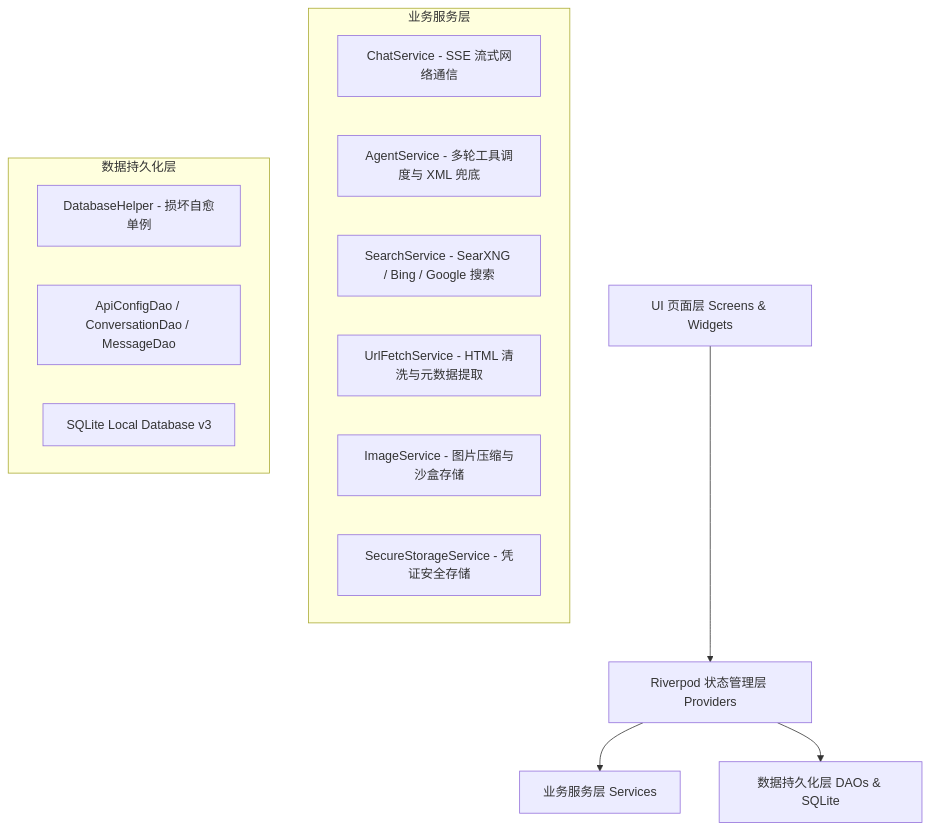
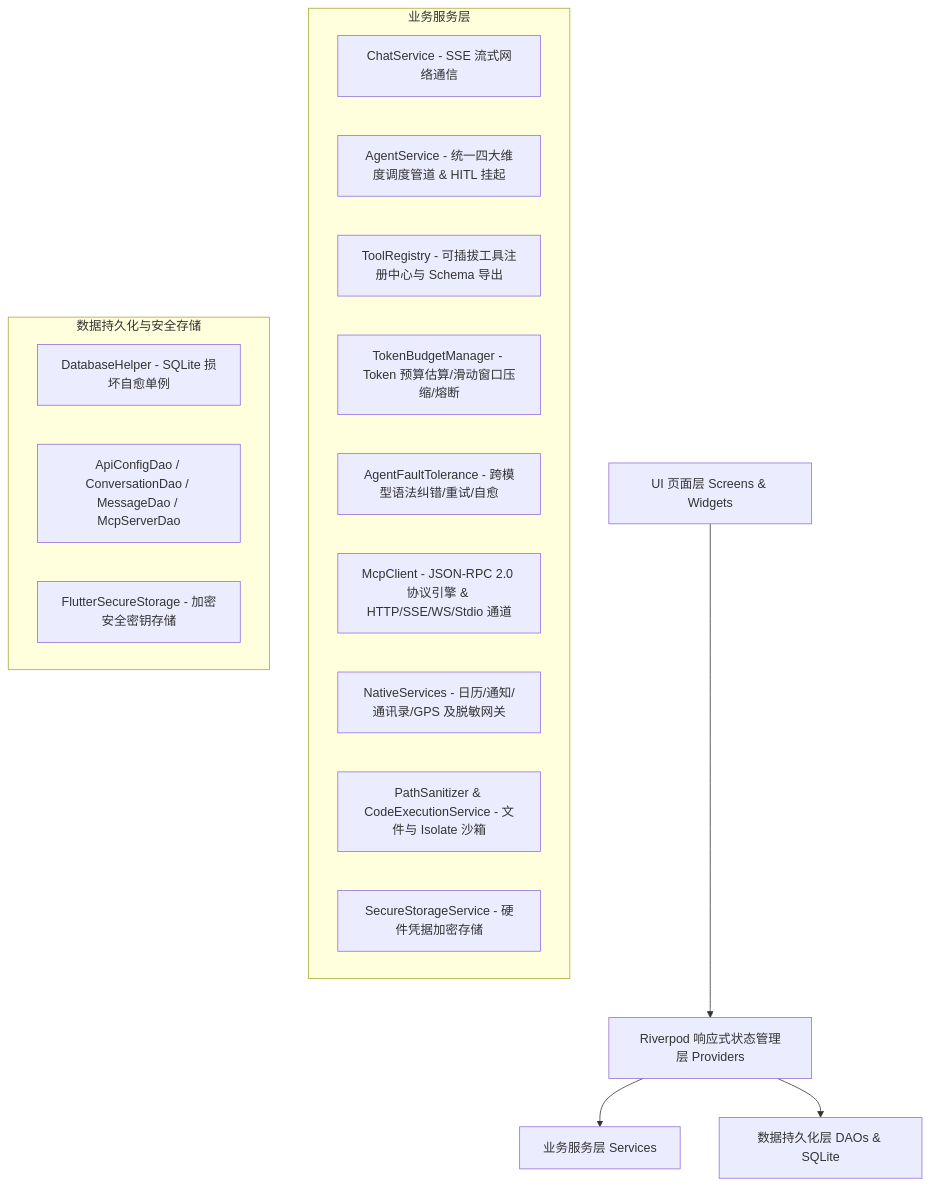
Before and after one commit to naruse-love/chat-app: the diagram in README.md, drawn with Mermaid. The commit also changed other lines of this file and 1 other file, not shown here.

````diff
--- a/README.md
+++ b/README.md
@@ -94,21 +109,24 @@
 ```mermaid
 graph TD
-    A[UI 页面层 Screens & Widgets] --> B[Riverpod 状态管理层 Providers]
+    A[UI 页面层 Screens & Widgets] --> B[Riverpod 响应式状态管理层 Providers]
     B --> C[业务服务层 Services]
     B --> D[数据持久化层 DAOs & SQLite]
     
     subgraph Services [业务服务层]
         C1[ChatService - SSE 流式网络通信]
-        C2[AgentService - 多轮工具调度与 XML 兜底]
-        C3[SearchService - SearXNG / Bing / Google 搜索]
-        C4[UrlFetchService - HTML 清洗与元数据提取]
-        C5[ImageService - 图片压缩与沙盒存储]
-        C6[SecureStorageService - 凭证安全存储]
+        C2[AgentService - 统一四大维度调度管道 & HITL 挂起]
+        C3[ToolRegistry - 可插拔工具注册中心与 Schema 导出]
+        C4[TokenBudgetManager - Token 预算估算/滑动窗口压缩/熔断]
+        C5[AgentFaultTolerance - 跨模型语法纠错/重试/自愈]
+        C6[McpClient - JSON-RPC 2.0 协议引擎 & HTTP/SSE/WS/Stdio 通道]
+        C7[NativeServices - 日历/通知/通讯录/GPS 及脱敏网关]
+        C8[PathSanitizer & CodeExecutionService - 文件与 Isolate 沙箱]
+        C9[SecureStorageService - 硬件凭据加密存储]
     end
     
-    subgraph Data [数据持久化层]
-        D1[DatabaseHelper - 损坏自愈单例]
-        D2[ApiConfigDao / ConversationDao / MessageDao]
-        D3[SQLite Local Database v3]
+    subgraph Data [数据持久化与安全存储]
+        D1[DatabaseHelper - SQLite 损坏自愈单例]
+        D2[ApiConfigDao / ConversationDao / MessageDao / McpServerDao]
+        D3[FlutterSecureStorage - 加密安全密钥存储]
     end
 ```
````
